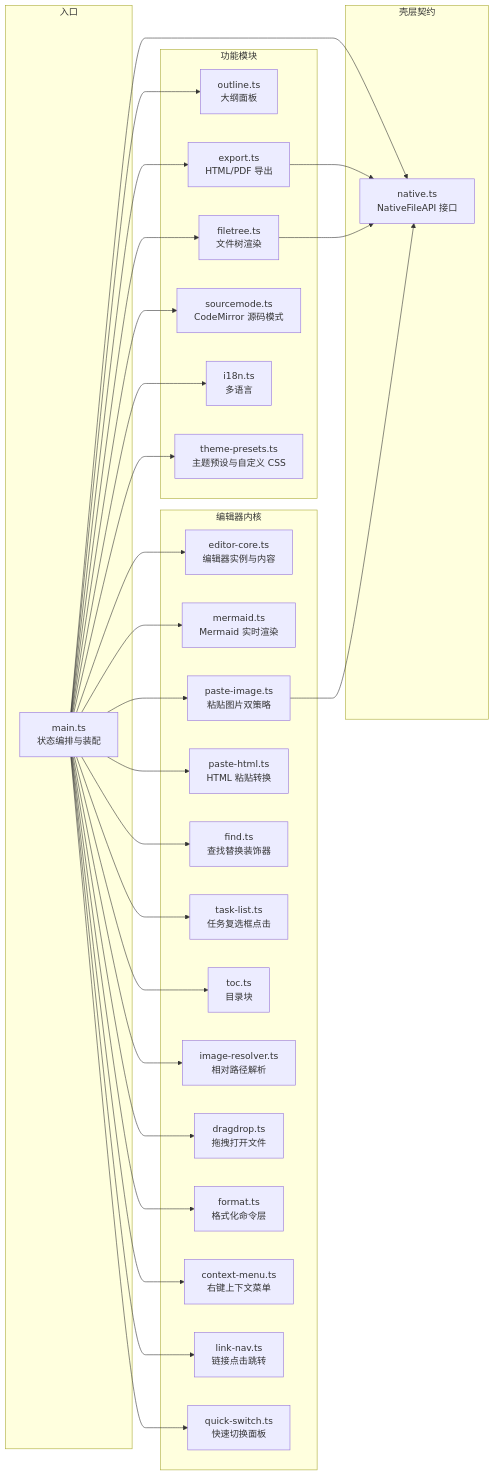
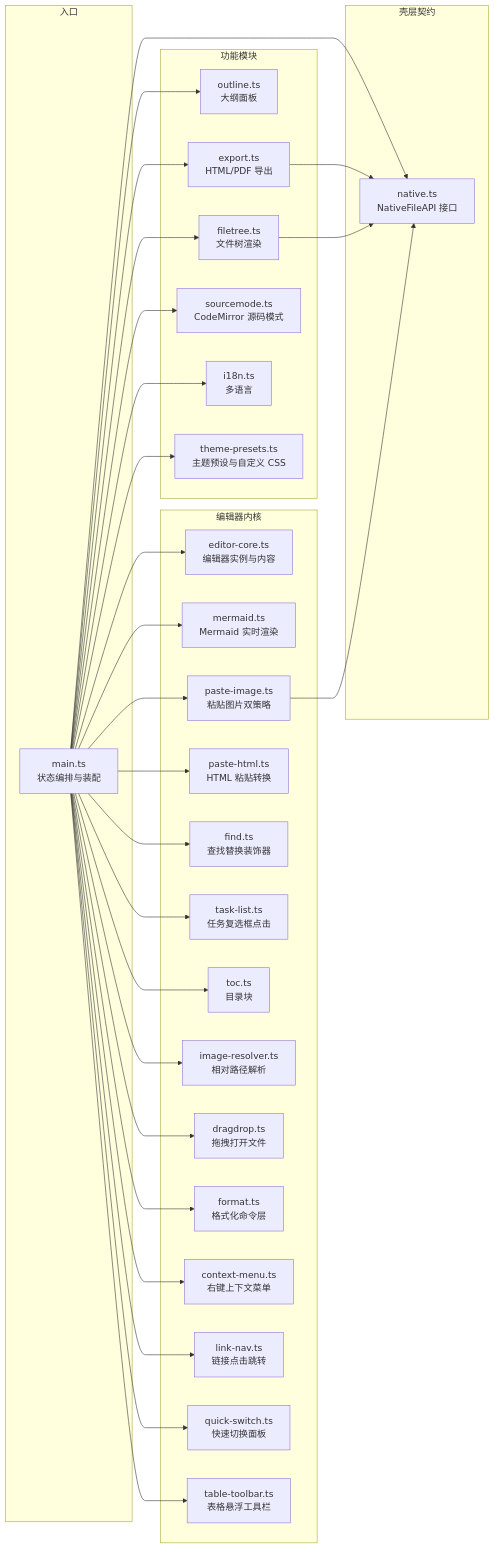
Before and after one commit to ChiangyangNPU/for-mark: the third of 4 diagrams in docs/架构设计.md, drawn with Mermaid. The commit also changed other lines of this file and 12 other files, not shown here.

````diff
--- a/docs/架构设计.md
+++ b/docs/架构设计.md
@@ -85,59 +85,61 @@
 ```mermaid
 flowchart LR
     subgraph 入口
         MAIN[main.ts<br/>状态编排与装配]
     end
 
     subgraph 编辑器内核
         EDITOR[editor-core.ts<br/>编辑器实例与内容]
         MERMAID[mermaid.ts<br/>Mermaid 实时渲染]
         PASTE[paste-image.ts<br/>粘贴图片双策略]
         PASTEHTML[paste-html.ts<br/>HTML 粘贴转换]
         FIND[find.ts<br/>查找替换装饰器]
         TASK[task-list.ts<br/>任务复选框点击]
         TOC[toc.ts<br/>目录块]
         IMGRES[image-resolver.ts<br/>相对路径解析]
         DROP[dragdrop.ts<br/>拖拽打开文件]
         FMT[format.ts<br/>格式化命令层]
         CTXMENU[context-menu.ts<br/>右键上下文菜单]
         LINKNAV[link-nav.ts<br/>链接点击跳转]
         QS[quick-switch.ts<br/>快速切换面板]
+        TT[table-toolbar.ts<br/>表格悬浮工具栏]
     end
 
     subgraph 功能模块
         OUTLINE[outline.ts<br/>大纲面板]
         TREE[filetree.ts<br/>文件树渲染]
         EX[export.ts<br/>HTML/PDF 导出]
         SRC[sourcemode.ts<br/>CodeMirror 源码模式]
         I18N[i18n.ts<br/>多语言]
         THEMEPRESET[theme-presets.ts<br/>主题预设与自定义 CSS]
     end
 
     subgraph 壳层契约
         NATIVE[native.ts<br/>NativeFileAPI 接口]
     end
 
     MAIN --> EDITOR
     MAIN --> MERMAID
     MAIN --> PASTE
     MAIN --> PASTEHTML
     MAIN --> FIND
     MAIN --> TASK
     MAIN --> TOC
     MAIN --> IMGRES
     MAIN --> DROP
     MAIN --> FMT
     MAIN --> CTXMENU
     MAIN --> LINKNAV
     MAIN --> QS
+    MAIN --> TT
     MAIN --> OUTLINE
     MAIN --> TREE
     MAIN --> EX
     MAIN --> SRC
     MAIN --> I18N
     MAIN --> THEMEPRESET
     MAIN --> NATIVE
     EX --> NATIVE
     TREE --> NATIVE
     PASTE --> NATIVE
 ```
````
